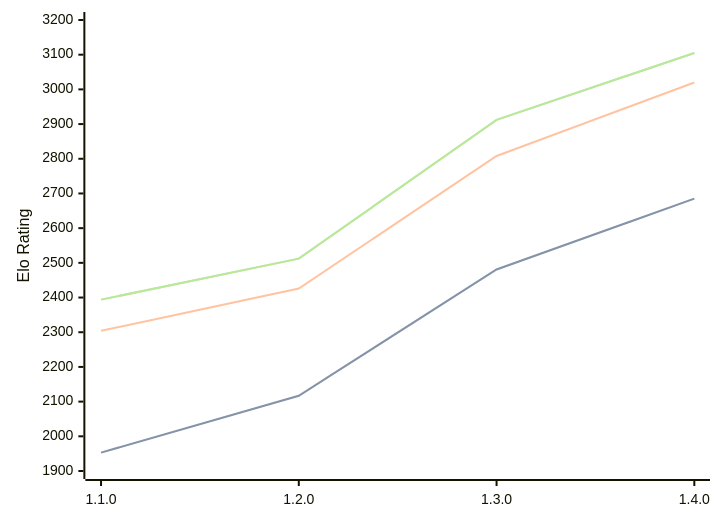
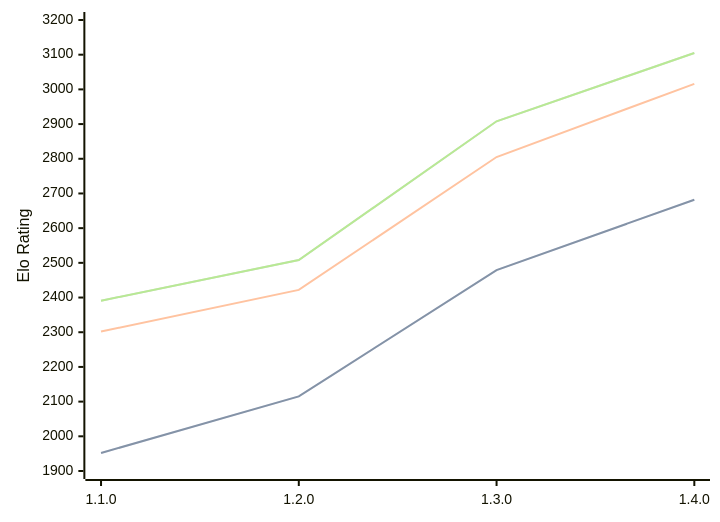
The diagram in engines/Gyatso.md (computer-chess-index/cci), drawn with Mermaid before and after one commit. The commit also changed other lines of this file, not shown here.

Commit message:
Update CCI Ratings (ELO VLTC) - 2026-08-12

````diff
--- a/engines/Gyatso.md
+++ b/engines/Gyatso.md
@@ -36,11 +36,11 @@
 ```mermaid
 %%{init: {"theme":"base","themeVariables":{"seriesColors:['#a3a3a3','#222221','#faa371']}}}%%
 xychart-beta
   x-axis ["1.1.0", "1.2.0", "1.3.0", "1.4.0"]
   y-axis "Elo Rating" 1900 --> 3200
-  line "STC (8.0+0.08s)" [1953, 2117, 2481, 2685]
-  line "STC (8.0+0.08s)" [1953, 2117, 2481, 2685]
-  line "LTC (60.0+0.60s)" [2304, 2426, 2808, 3020]
-  line "VLTC (2m24s+1.12s)" [2394, 2512, 2912, 3105]
-  line "VLTC (2m24s+1.12s)" [2394, 2512, 2912, 3105]
+  line "STC (8.0+0.08s)" [1952, 2115, 2479, 2682]
+  line "STC (8.0+0.08s)" [1952, 2115, 2479, 2682]
+  line "LTC (60.0+0.60s)" [2302, 2422, 2805, 3016]
+  line "VLTC (2m24s+1.12s)" [2391, 2508, 2908, 3105]
+  line "VLTC (2m24s+1.12s)" [2391, 2508, 2908, 3105]
 ```
````
